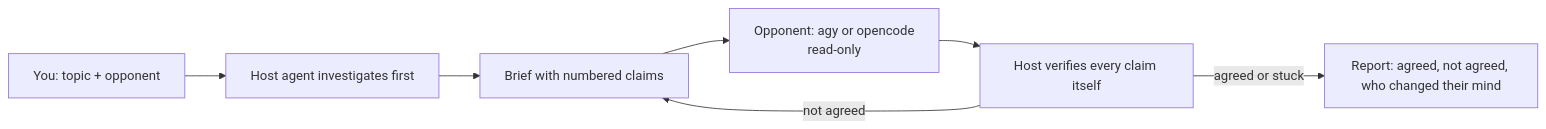
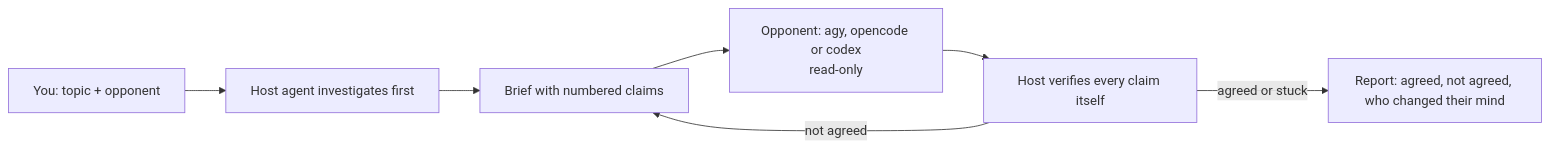
Before and after one commit to AhmedTharwat-AT/debate-skills: the diagram in README.md, drawn with Mermaid. The commit also changed other lines of this file and 7 other files, not shown here.

````diff
--- a/README.md
+++ b/README.md
@@ -25,9 +29,9 @@
 ```mermaid
 flowchart LR
   U["You: topic + opponent"] --> H["Host agent investigates first"]
   H --> B["Brief with numbered claims"]
-  B --> O["Opponent: agy or opencode<br/>read-only"]
+  B --> O["Opponent: agy, opencode or codex<br/>read-only"]
   O --> V["Host verifies every claim itself"]
   V -->|"not agreed"| B
   V -->|"agreed or stuck"| R["Report: agreed, not agreed, who changed their mind"]
 ```
````
